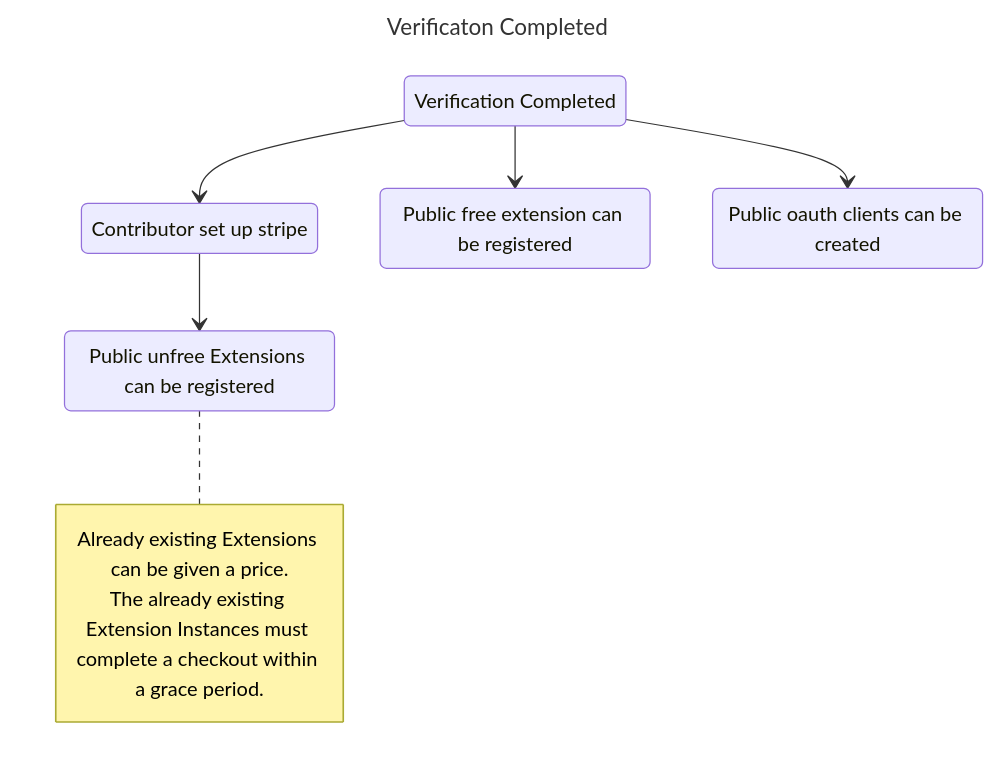
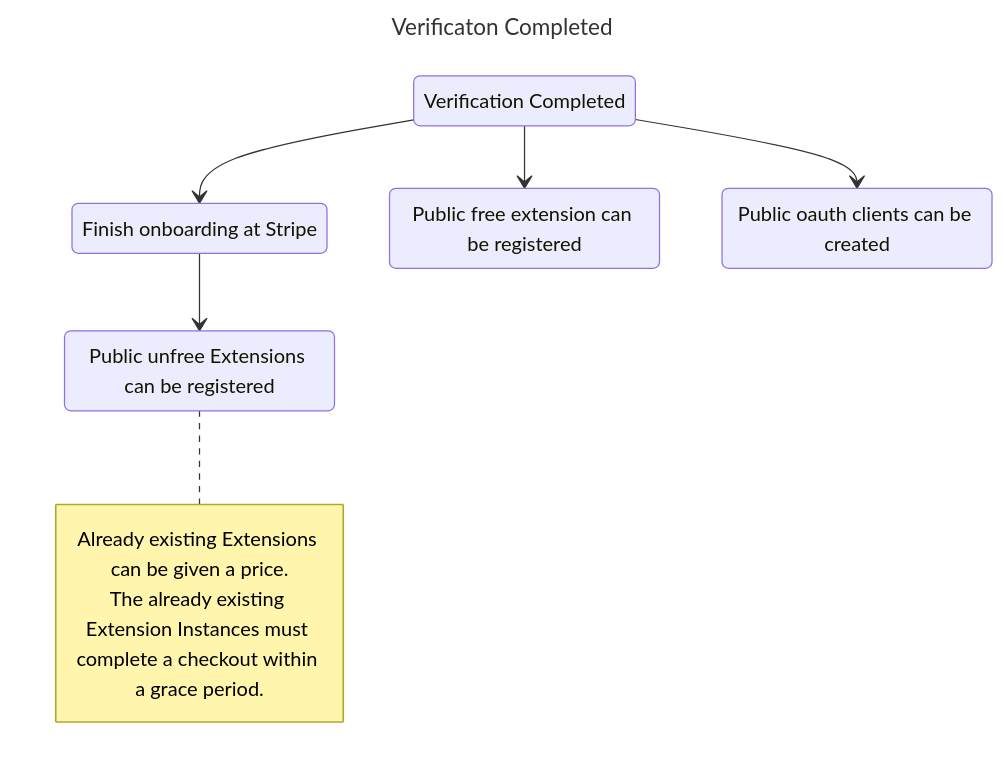
One commit to mittwald/developer-portal changed the second of 2 diagrams in docs/contribution/30-overview/3-contributor.mdx. Above: the diagram before and after it, drawn with Mermaid. The commit also changed other lines of this file and 1 other file, not shown here.

````diff
--- a/docs/contribution/30-overview/3-contributor.mdx
+++ b/docs/contribution/30-overview/3-contributor.mdx
@@ -34,22 +34,22 @@
 ```mermaid
 ---
 title: Verificaton Completed
 ---
 
 stateDiagram-v2
     C3: Verification Completed
-    C4: Contributor set up stripe
+    C4: Finish onboarding at Stripe
     E2: Public free extension can be registered
     E3: Public unfree Extensions can be registered
     O2: Public oauth clients can be created
 
     note right of E3
         Already existing Extensions can be given a price.
         The already existing Extension Instances must complete a checkout within a grace period.
     end note
 
     C3 --> E2
     C3 --> C4
     C3 --> O2
     C4 --> E3
 ```
````
